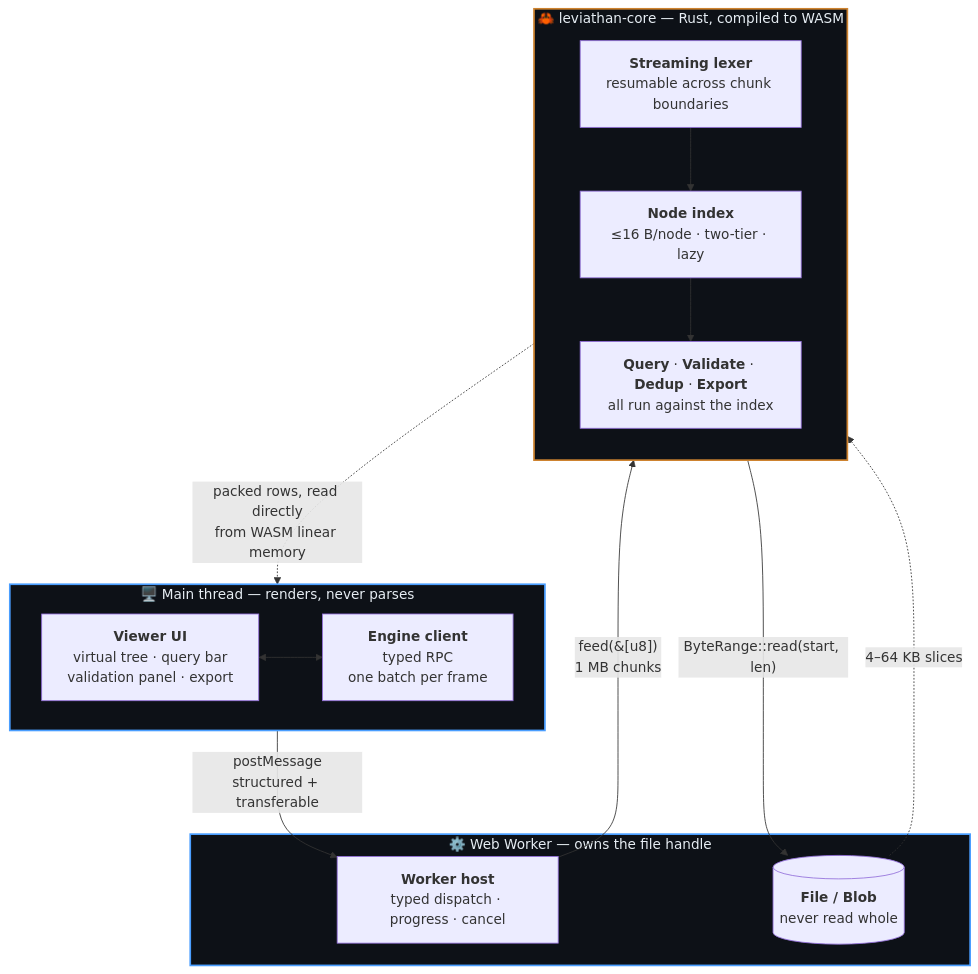
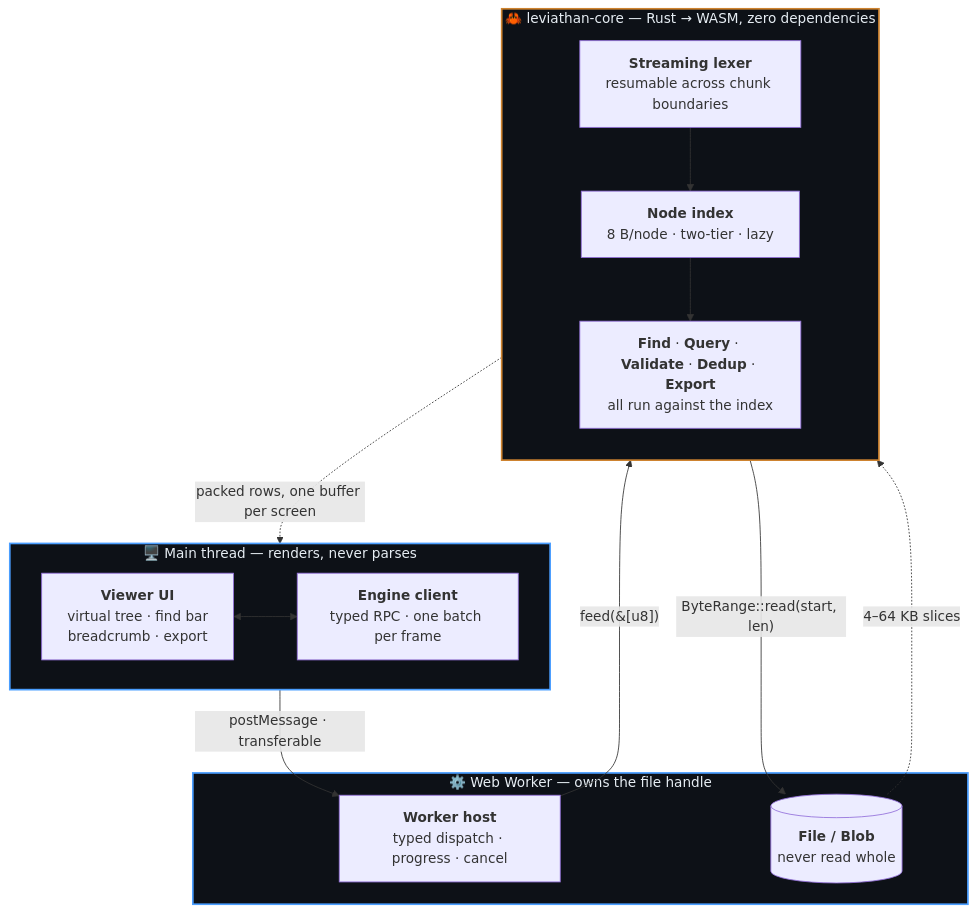
One commit to shadkhan/Leviathan changed the second of 3 diagrams in README.md. Above: the diagram before and after it, drawn with Mermaid. The commit also changed other lines of this file and 3 other files, not shown here.

````diff
--- a/README.md
+++ b/README.md
@@ -78,33 +99,33 @@
 ```mermaid
 flowchart TB
     subgraph MAIN["🖥️  Main thread — renders, never parses"]
         direction LR
-        UI["<b>Viewer UI</b><br/>virtual tree · query bar<br/>validation panel · export"]
-        CLIENT["<b>Engine client</b><br/>typed RPC<br/>one batch per frame"]
+        UI["<b>Viewer UI</b><br/>virtual tree · find bar<br/>breadcrumb · export"]
+        CLIENT["<b>Engine client</b><br/>typed RPC · one batch per frame"]
         UI <--> CLIENT
     end
 
     subgraph WORKER["⚙️  Web Worker — owns the file handle"]
         HOST["<b>Worker host</b><br/>typed dispatch · progress · cancel"]
         BLOB[("<b>File / Blob</b><br/>never read whole")]
     end
 
-    subgraph CORE["🦀  leviathan-core — Rust, compiled to WASM"]
+    subgraph CORE["🦀  leviathan-core — Rust → WASM, zero dependencies"]
         direction TB
         LEX["<b>Streaming lexer</b><br/>resumable across chunk boundaries"]
-        IDX["<b>Node index</b><br/>≤16 B/node · two-tier · lazy"]
-        OPS["<b>Query</b> · <b>Validate</b> · <b>Dedup</b> · <b>Export</b><br/>all run against the index"]
+        IDX["<b>Node index</b><br/>8 B/node · two-tier · lazy"]
+        OPS["<b>Find</b> · <b>Query</b> · <b>Validate</b> · <b>Dedup</b> · <b>Export</b><br/>all run against the index"]
         LEX --> IDX --> OPS
     end
 
-    CLIENT -->|"postMessage<br/>structured + transferable"| HOST
-    HOST -->|"feed(&[u8])<br/>1 MB chunks"| LEX
+    CLIENT -->|"postMessage · transferable"| HOST
+    HOST -->|"feed(&[u8])"| LEX
     OPS -->|"ByteRange::read(start, len)"| BLOB
     BLOB -.->|"4–64 KB slices"| OPS
-    IDX -.->|"packed rows, read directly<br/>from WASM linear memory"| CLIENT
+    IDX -.->|"packed rows, one buffer per screen"| CLIENT
 
     classDef thread fill:#0d1117,stroke:#4a9eff,stroke-width:2px,color:#e6edf3
     classDef rust fill:#0d1117,stroke:#ce832f,stroke-width:2px,color:#e6edf3
     class MAIN,WORKER thread
     class CORE rust
 ```
````
